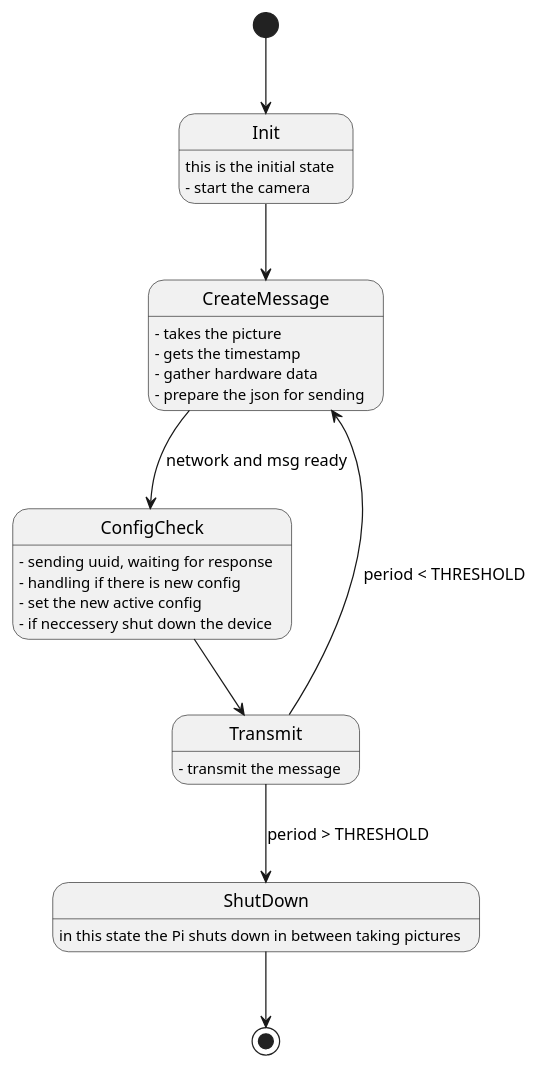
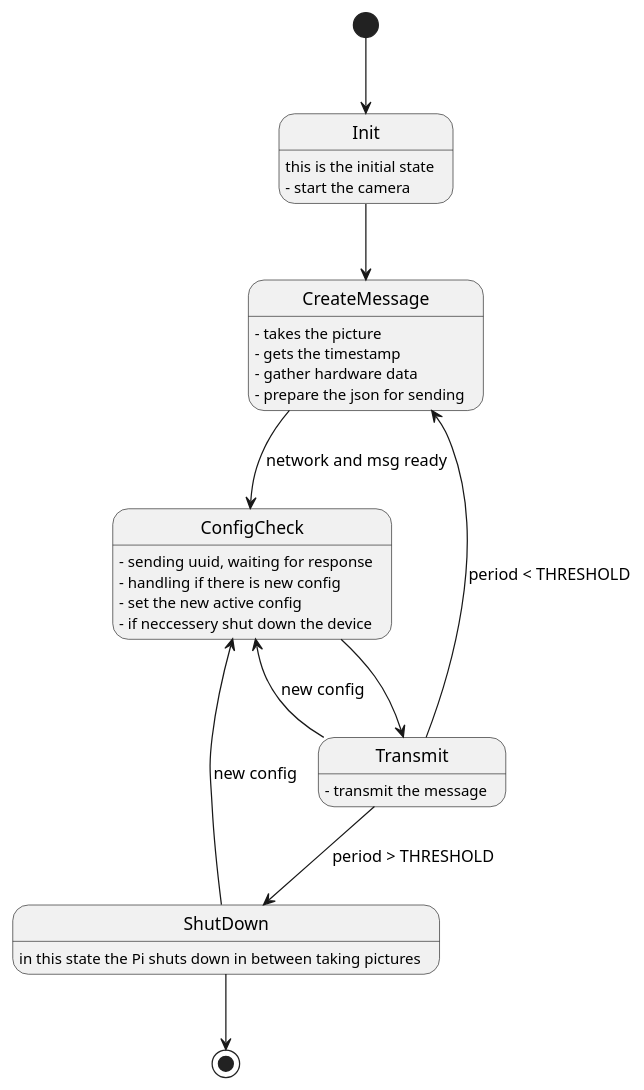
One commit to bnyitrai03/Sentinel_MrHAT_Cam changed the diagram in state diagram.puml. Above: the diagram before and after it, drawn with PlantUML. The commit also changed 19 other files, not shown here.

```diff
--- a/state diagram.puml
+++ b/state diagram.puml
@@ -1,28 +1,30 @@
 @startuml App state diagram
 
 [*] --> Init
 Init : this is the initial state
 Init: - start the camera
 Init --> CreateMessage
 
 CreateMessage: - takes the picture
 CreateMessage: - gets the timestamp
 CreateMessage: - gather hardware data
 CreateMessage: - prepare the json for sending
 CreateMessage --> ConfigCheck : network and msg ready
 
 
 ConfigCheck: - sending uuid, waiting for response
 ConfigCheck: - handling if there is new config
 ConfigCheck: - set the new active config
 ConfigCheck: - if neccessery shut down the device
 ConfigCheck --> Transmit
 
 Transmit: - transmit the message
+Transmit --> ConfigCheck : new config
 Transmit --> ShutDown : period > THRESHOLD
 Transmit --> CreateMessage : period < THRESHOLD
 
 ShutDown: in this state the Pi shuts down in between taking pictures
+ShutDown --> ConfigCheck : new config
 ShutDown --> [*]
 
 @enduml
```
